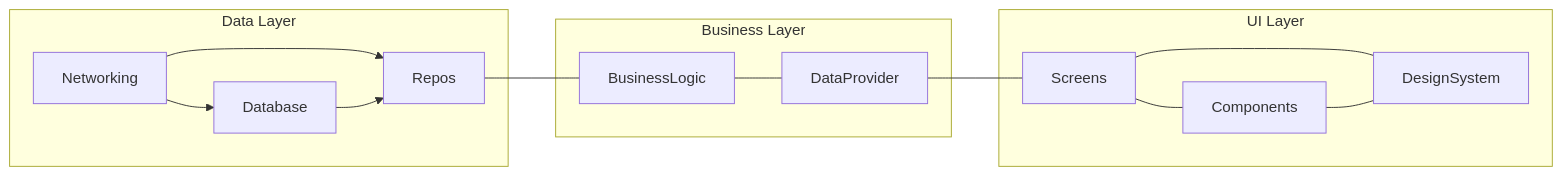
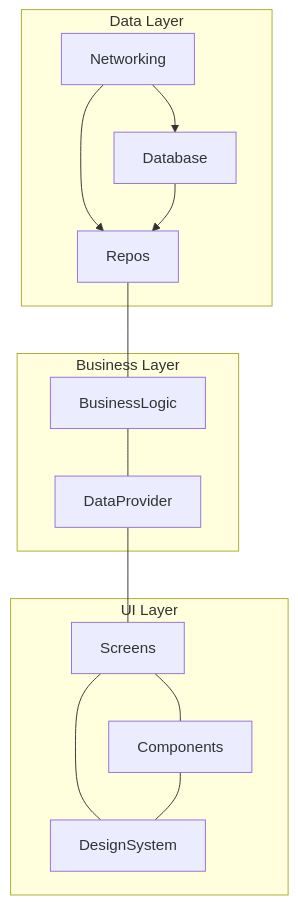
The diagram in README.md (Faiizii/base_architecture), drawn with Mermaid before and after one commit.

Commit message:
minor fix

````diff
--- a/README.md
+++ b/README.md
@@ -6,21 +6,21 @@
 ```mermaid
-graph LR;
+graph TB;
     subgraph Data Layer
         Networking --> Database
         Networking --> Repos
         Database --> Repos
     end
     Repos---BusinessLogic;
     BusinessLogic --- DataProvider;
     subgraph Business Layer
         BusinessLogic
         DataProvider
         end
     DataProvider --- Screens
     subgraph UI Layer
         Screens --- DesignSystem
         Screens --- Components
         Components --- DesignSystem
     end
 
 ```
````
